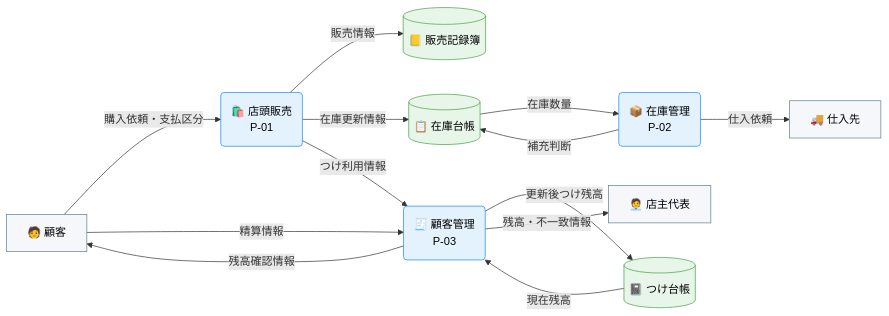
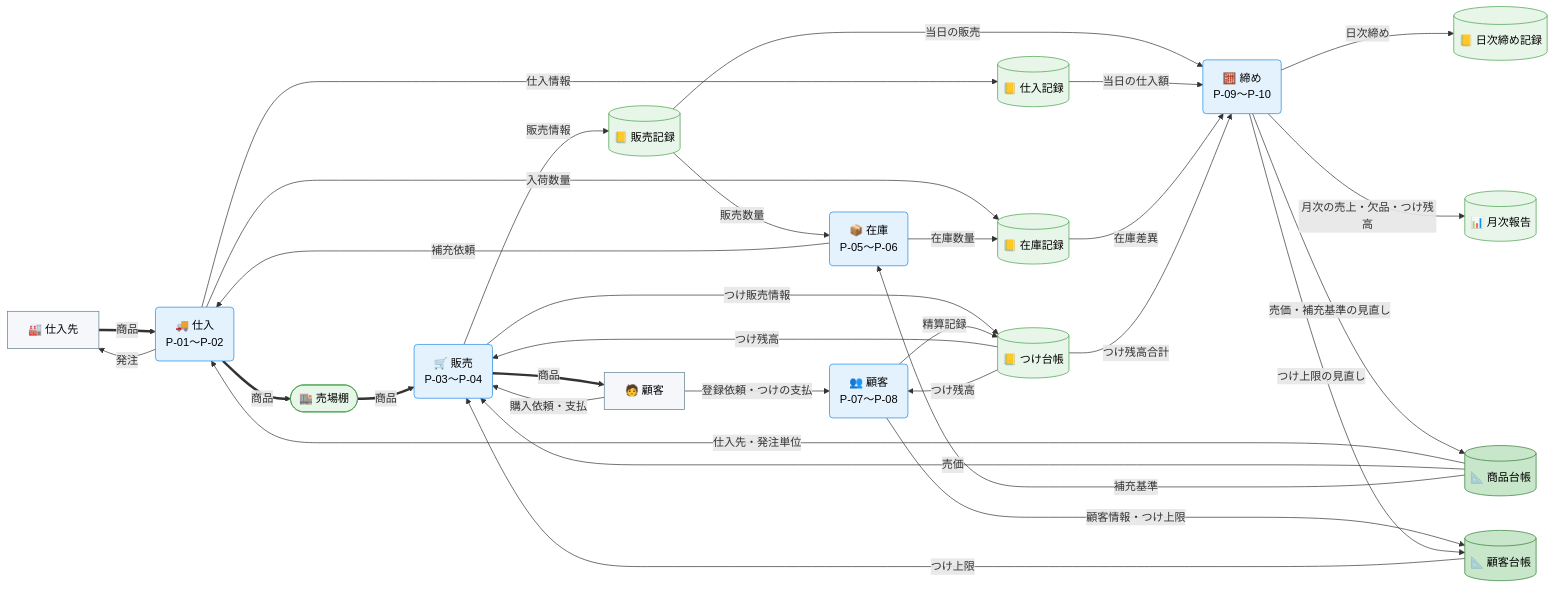
Before and after one commit to specdojo/spec-dojo-handbook: the first of 2 diagrams in docs/ja/specdojo/samples/cdfd-overview-sample.md, drawn with Mermaid. The commit also changed other lines of this file and 2 other files, not shown here.

````diff
--- a/docs/ja/specdojo/samples/cdfd-overview-sample.md
+++ b/docs/ja/specdojo/samples/cdfd-overview-sample.md
@@ -113,37 +158,66 @@
 ```mermaid
 flowchart LR
   classDef process fill:#e3f2fd,stroke:#1e88e5,color:#000
-  classDef store fill:#e8f5e9,stroke:#43a047,color:#000
+  classDef storeMaster fill:#c8e6c9,stroke:#2e7d32,color:#000
+  classDef storeTransaction fill:#e8f5e9,stroke:#43a047,color:#000
   classDef actor fill:#f5f7fa,stroke:#607d8b,color:#000
 
+  仕入先["🏭 仕入先"]
   顧客["🧑 顧客"]
-  仕入先["🚚 仕入先"]
-  店主代表["🧑‍💼 店主代表"]
+  仕入("🚚 仕入<br>P-01〜P-02")
+  販売("🛒 販売<br>P-03〜P-04")
+  在庫("📦 在庫<br>P-05〜P-06")
+  顧客管理("👥 顧客<br>P-07〜P-08")
+  締め("🧮 締め<br>P-09〜P-10")
+  商品台帳[("📐 商品台帳")]
+  顧客台帳[("📐 顧客台帳")]
+  販売記録[("📒 販売記録")]
+  仕入記録[("📒 仕入記録")]
+  在庫記録[("📒 在庫記録")]
+  つけ台帳[("📒 つけ台帳")]
+  日次締め記録[("📒 日次締め記録")]
+  月次報告[("📊 月次報告")]
+  売場棚(["🏬 売場棚"])
 
-  店頭販売("🛍️ 店頭販売<br>P-01")
-  在庫管理("📦 在庫管理<br>P-02")
-  顧客管理("🧾 顧客管理<br>P-03")
+  仕入先 ~~~ 仕入 ~~~ 販売 ~~~ 在庫 ~~~ 締め
 
-  販売記録簿[("📒 販売記録簿")]
-  在庫台帳[("📋 在庫台帳")]
-  つけ台帳[("📓 つけ台帳")]
+  商品台帳 -->|"仕入先・発注単位"| 仕入
+  在庫 -->|"補充依頼"| 仕入
+  仕入 -->|"発注"| 仕入先
+  仕入先 ==>|"商品"| 仕入
+  仕入 ==>|"商品"| 売場棚
+  仕入 -->|"仕入情報"| 仕入記録
+  仕入 -->|"入荷数量"| 在庫記録
 
-  顧客 -->|"購入依頼・支払区分"| 店頭販売
-  店頭販売 -->|"販売情報"| 販売記録簿
-  店頭販売 -->|"在庫更新情報"| 在庫台帳
-  店頭販売 -->|"つけ利用情報"| 顧客管理
+  顧客 -->|"購入依頼・支払"| 販売
+  売場棚 ==>|"商品"| 販売
+  販売 ==>|"商品"| 顧客
+  商品台帳 -->|"売価"| 販売
+  顧客台帳 -->|"つけ上限"| 販売
+  つけ台帳 -->|"つけ残高"| 販売
+  販売 -->|"販売情報"| 販売記録
+  販売 -->|"つけ販売情報"| つけ台帳
 
-  在庫台帳 -->|"在庫数量"| 在庫管理
-  在庫管理 -->|"補充判断"| 在庫台帳
-  在庫管理 -->|"仕入依頼"| 仕入先
+  販売記録 -->|"販売数量"| 在庫
+  商品台帳 -->|"補充基準"| 在庫
+  在庫 -->|"在庫数量"| 在庫記録
 
-  顧客 -->|"精算情報"| 顧客管理
-  つけ台帳 -->|"現在残高"| 顧客管理
-  顧客管理 -->|"更新後つけ残高"| つけ台帳
-  顧客管理 -->|"残高確認情報"| 顧客
-  顧客管理 -->|"残高・不一致情報"| 店主代表
+  顧客 -->|"登録依頼・つけの支払"| 顧客管理
+  つけ台帳 -->|"つけ残高"| 顧客管理
+  顧客管理 -->|"顧客情報・つけ上限"| 顧客台帳
+  顧客管理 -->|"精算記録"| つけ台帳
 
-  class 店頭販売,在庫管理,顧客管理 process
-  class 販売記録簿,在庫台帳,つけ台帳 store
-  class 顧客,仕入先,店主代表 actor
+  販売記録 -->|"当日の販売"| 締め
+  仕入記録 -->|"当日の仕入額"| 締め
+  在庫記録 -->|"在庫差異"| 締め
+  つけ台帳 -->|"つけ残高合計"| 締め
+  締め -->|"日次締め"| 日次締め記録
+  締め -->|"月次の売上・欠品・つけ残高"| 月次報告
+  締め -->|"売価・補充基準の見直し"| 商品台帳
+  締め -->|"つけ上限の見直し"| 顧客台帳
+
+  class 仕入,販売,在庫,顧客管理,締め process
+  class 商品台帳,顧客台帳 storeMaster
+  class 販売記録,仕入記録,在庫記録,つけ台帳,日次締め記録,月次報告,売場棚 storeTransaction
+  class 仕入先,顧客 actor
 ```
````
